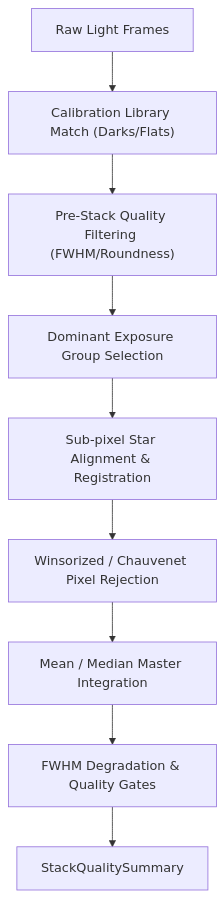
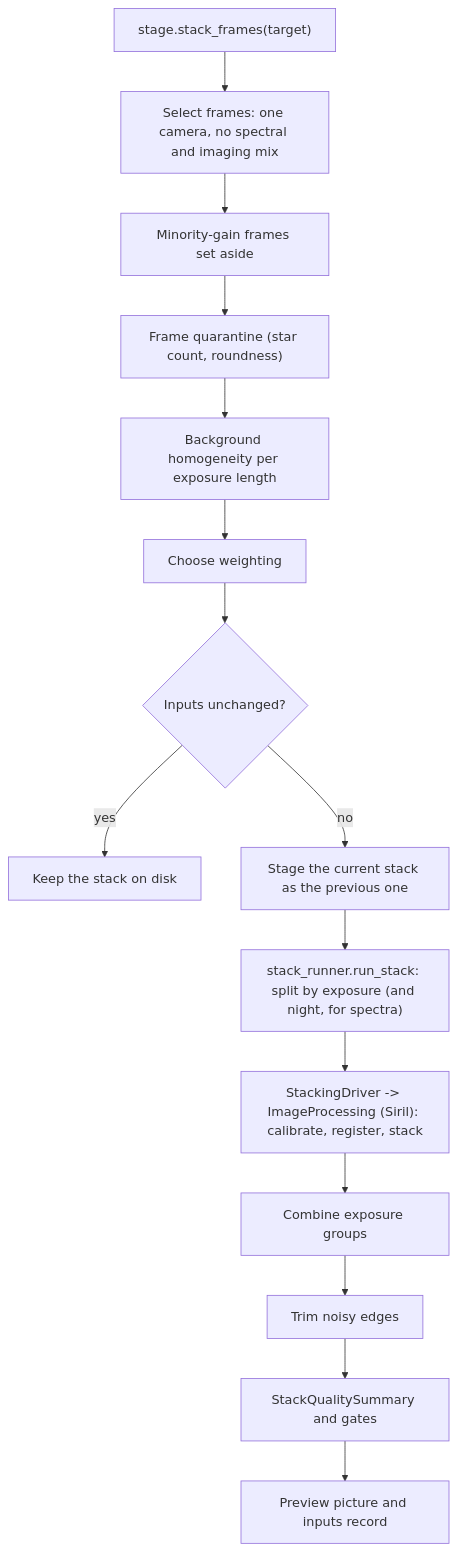
One commit to m1chae2/astrometrics changed the diagram in documentation/library_design/pipelines/stacking.md. Above: the diagram before and after it, drawn with Mermaid. The commit also changed other lines of this file and 38 other files, not shown here.

````diff
--- a/documentation/library_design/pipelines/stacking.md
+++ b/documentation/library_design/pipelines/stacking.md
@@ -19,11 +19,17 @@
 ```mermaid
 flowchart TD
-    A["Raw Light Frames"] --> B["Calibration Library Match (Darks/Flats)"]
-    B --> C["Pre-Stack Quality Filtering (FWHM/Roundness)"]
-    C --> D["Dominant Exposure Group Selection"]
-    D --> E["Sub-pixel Star Alignment & Registration"]
-    E --> F["Winsorized / Chauvenet Pixel Rejection"]
-    F --> G["Mean / Median Master Integration"]
-    G --> H["FWHM Degradation & Quality Gates"]
-    H --> I["StackQualitySummary"]
+    A["stage.stack_frames(target)"] --> B["Select frames: one camera, no spectral and imaging mix"]
+    B --> C["Minority-gain frames set aside"]
+    C --> D["Frame quarantine (star count, roundness)"]
+    D --> E["Background homogeneity per exposure length"]
+    E --> F["Choose weighting"]
+    F --> G{"Inputs unchanged?"}
+    G -- yes --> H["Keep the stack on disk"]
+    G -- no --> I["Stage the current stack as the previous one"]
+    I --> J["stack_runner.run_stack: split by exposure (and night, for spectra)"]
+    J --> K["StackingDriver -> ImageProcessing (Siril): calibrate, register, stack"]
+    K --> L["Combine exposure groups"]
+    L --> M["Trim noisy edges"]
+    M --> N["StackQualitySummary and gates"]
+    N --> O["Preview picture and inputs record"]
 ```
````
